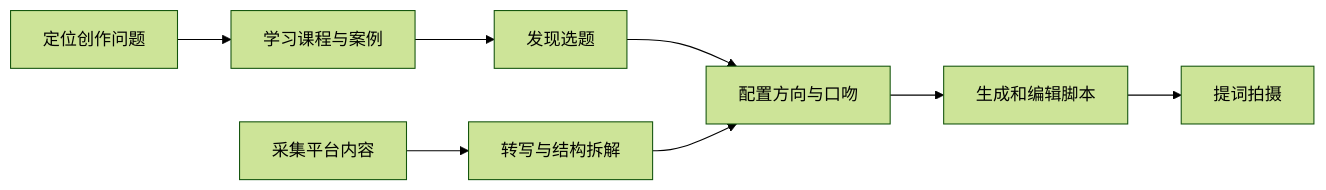
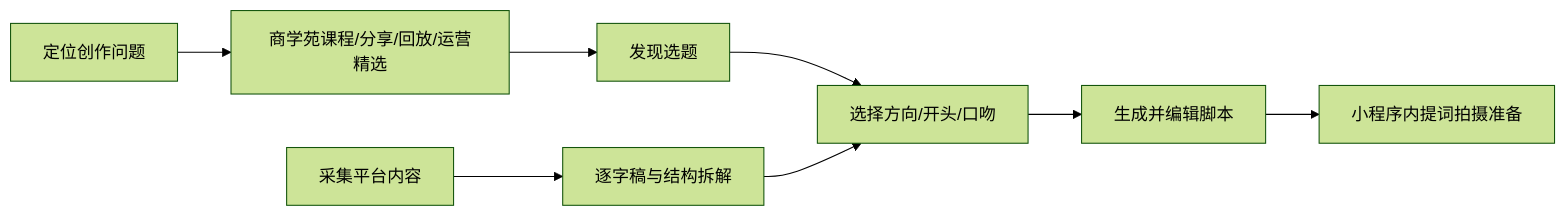
The diagram in README.md (zhanglongfeng27101797/yayaxingqiu), drawn with Mermaid (forest theme) before and after one commit. The commit also changed other lines of this file, not shown here.

````diff
--- a/README.md
+++ b/README.md
@@ -9,6 +19,6 @@
 ```mermaid
 flowchart LR
-    A[发现选题] --> B[配置方向与口吻] --> C[生成和编辑脚本] --> D[提词拍摄]
-    E[采集平台内容] --> F[转写与结构拆解] --> B
-    G[定位创作问题] --> H[学习课程与案例] --> A
+    A[发现选题] --> B[选择方向/开头/口吻] --> C[生成并编辑脚本] --> D[小程序内提词拍摄准备]
+    E[采集平台内容] --> F[逐字稿与结构拆解] --> B
+    G[定位创作问题] --> H[商学苑课程/分享/回放/运营精选] --> A
 ```
````
